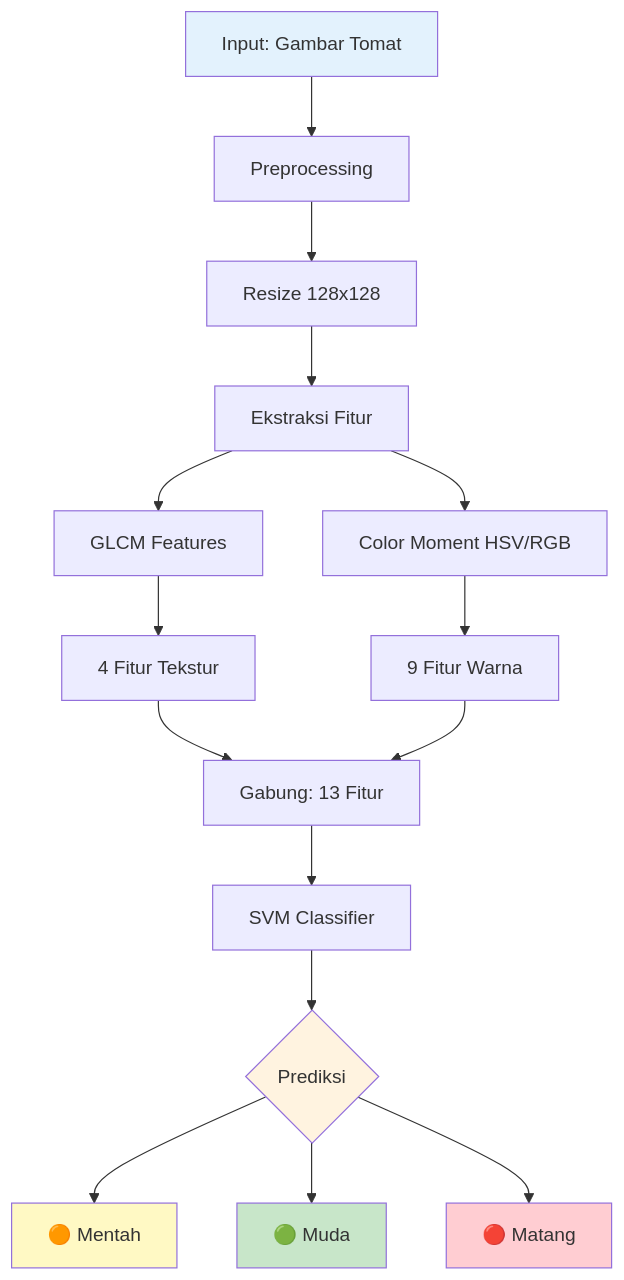
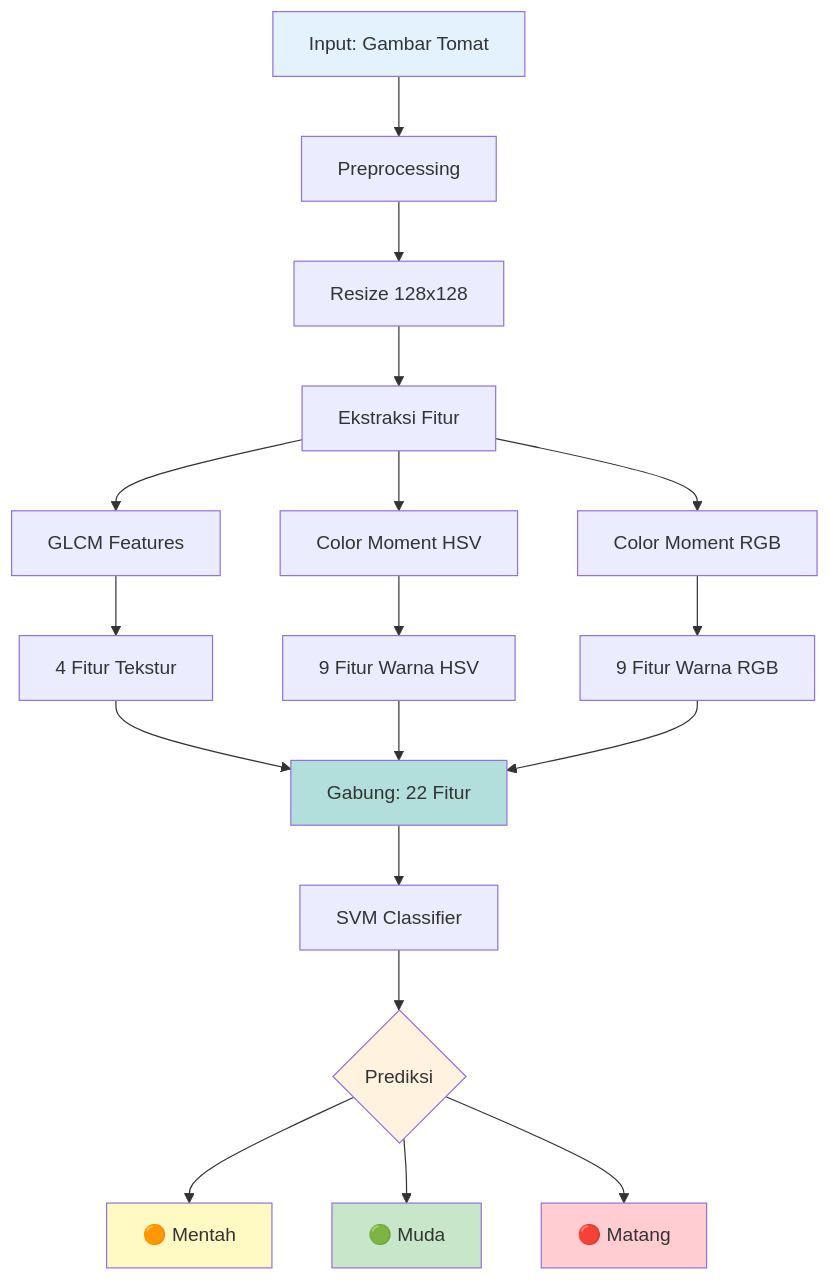
The diagram in README.md (itzluthfi/pcd-project-akhir-tomat-klasifikasi), drawn with Mermaid before and after one commit. The commit also changed other lines of this file and 2 other files, not shown here.

````diff
--- a/README.md
+++ b/README.md
@@ -138,28 +178,32 @@
 ```mermaid
 graph TD
     A[Input: Gambar Tomat] --> B[Preprocessing]
     B --> C[Resize 128x128]
     C --> D[Ekstraksi Fitur]
 
     D --> E[GLCM Features]
-    D --> F[Color Moment HSV/RGB]
+    D --> F[Color Moment HSV]
+    D --> G[Color Moment RGB]
 
-    E --> G[4 Fitur Tekstur]
-    F --> H[9 Fitur Warna]
+    E --> H[4 Fitur Tekstur]
+    F --> I[9 Fitur Warna HSV]
+    G --> J[9 Fitur Warna RGB]
 
-    G --> I[Gabung: 13 Fitur]
-    H --> I
+    H --> K[Gabung: 22 Fitur]
+    I --> K
+    J --> K
 
-    I --> J[SVM Classifier]
-    J --> K{Prediksi}
+    K --> L[SVM Classifier]
+    L --> M{Prediksi}
 
-    K --> L[🟠 Mentah]
-    K --> M[🟢 Muda]
-    K --> N[🔴 Matang]
+    M --> N[🟠 Mentah]
+    M --> O[🟢 Muda]
+    M --> P[🔴 Matang]
 
     style A fill:#e3f2fd
-    style K fill:#fff3e0
-    style L fill:#fff9c4
-    style M fill:#c8e6c9
-    style N fill:#ffcdd2
+    style M fill:#fff3e0
+    style N fill:#fff9c4
+    style O fill:#c8e6c9
+    style P fill:#ffcdd2
+    style K fill:#b2dfdb
 ```
````
